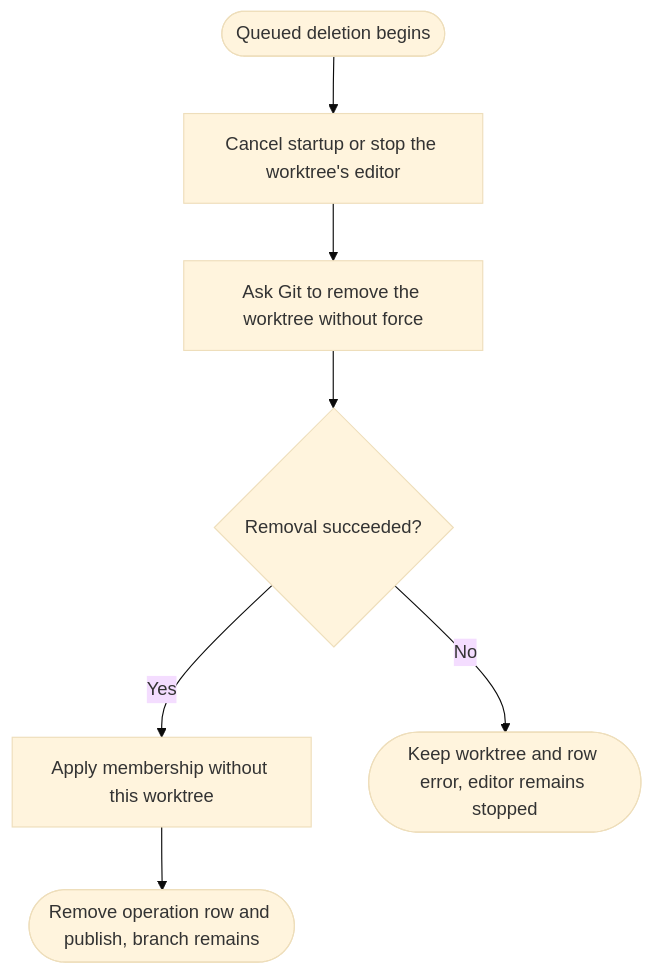
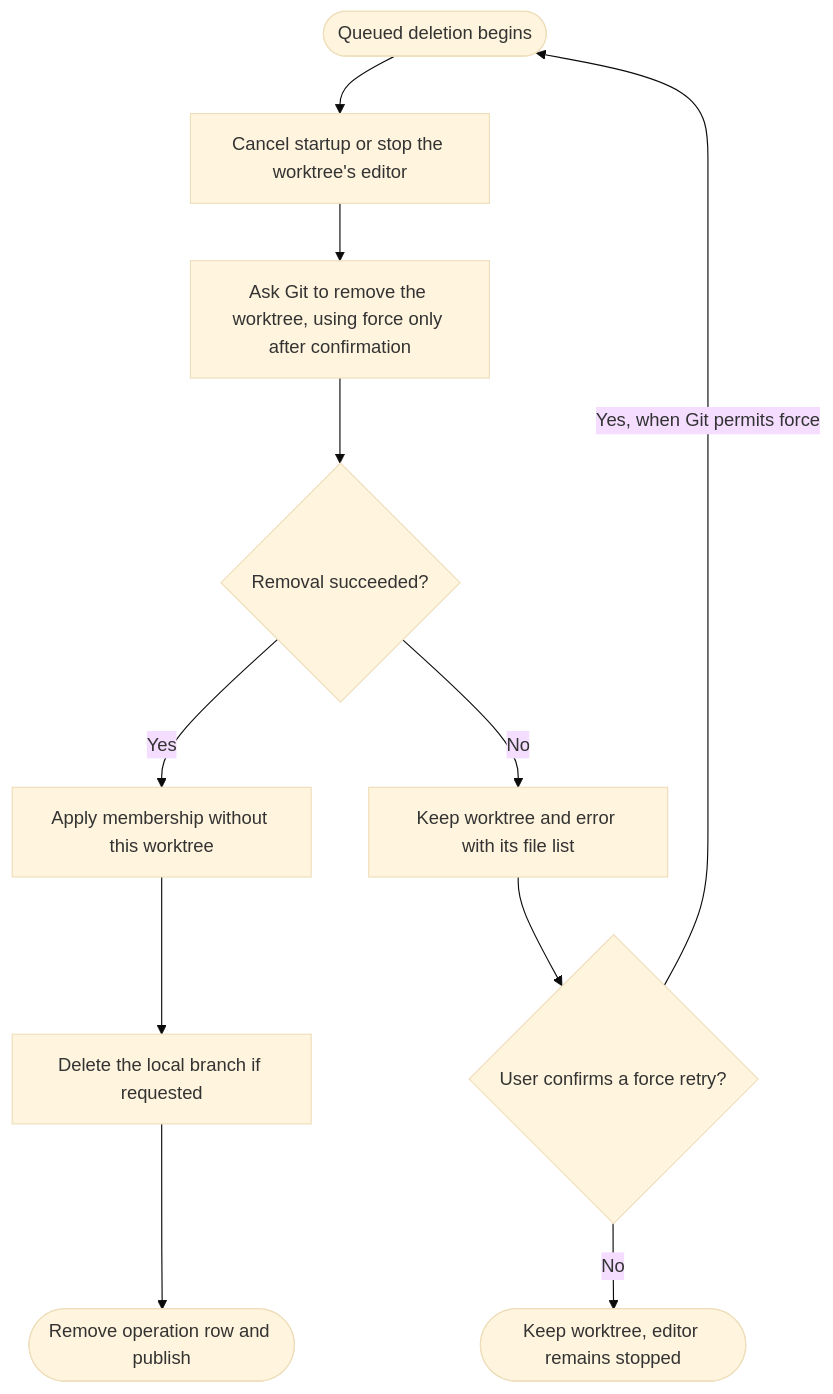
The fourth of 5 diagrams in workflows/worktrees.md (takeshibaconsuzuki/ade-overlay), drawn with Mermaid (base theme) before and after one commit. The commit also changed other lines of this file and 8 other files, not shown here.

Commit message:
Add worktree deletion menu and force confirmation

````diff
--- a/workflows/worktrees.md
+++ b/workflows/worktrees.md
@@ -81,11 +81,15 @@
 ```mermaid
 flowchart TD
     Start([Queued deletion begins]) --> Stop[Cancel startup or stop the worktree's editor]
-    Stop --> Remove[Ask Git to remove the worktree without force]
+    Stop --> Remove[Ask Git to remove the worktree, using force only after confirmation]
     Remove --> Result{Removal succeeded?}
     Result -->|Yes| Membership[Apply membership without this worktree]
-    Membership --> Success([Remove operation row and publish, branch remains])
-    Result -->|No| Failure([Keep worktree and row error, editor remains stopped])
+    Membership --> Branch[Delete the local branch if requested]
+    Branch --> Success([Remove operation row and publish])
+    Result -->|No| Failure[Keep worktree and error with its file list]
+    Failure --> Confirm{User confirms a force retry?}
+    Confirm -->|Yes, when Git permits force| Start
+    Confirm -->|No| Kept([Keep worktree, editor remains stopped])
     click Stop "editors.md#editor-process-lifetime"
     click Membership "worktrees.md#refresh-and-apply-membership"
 ```
````
